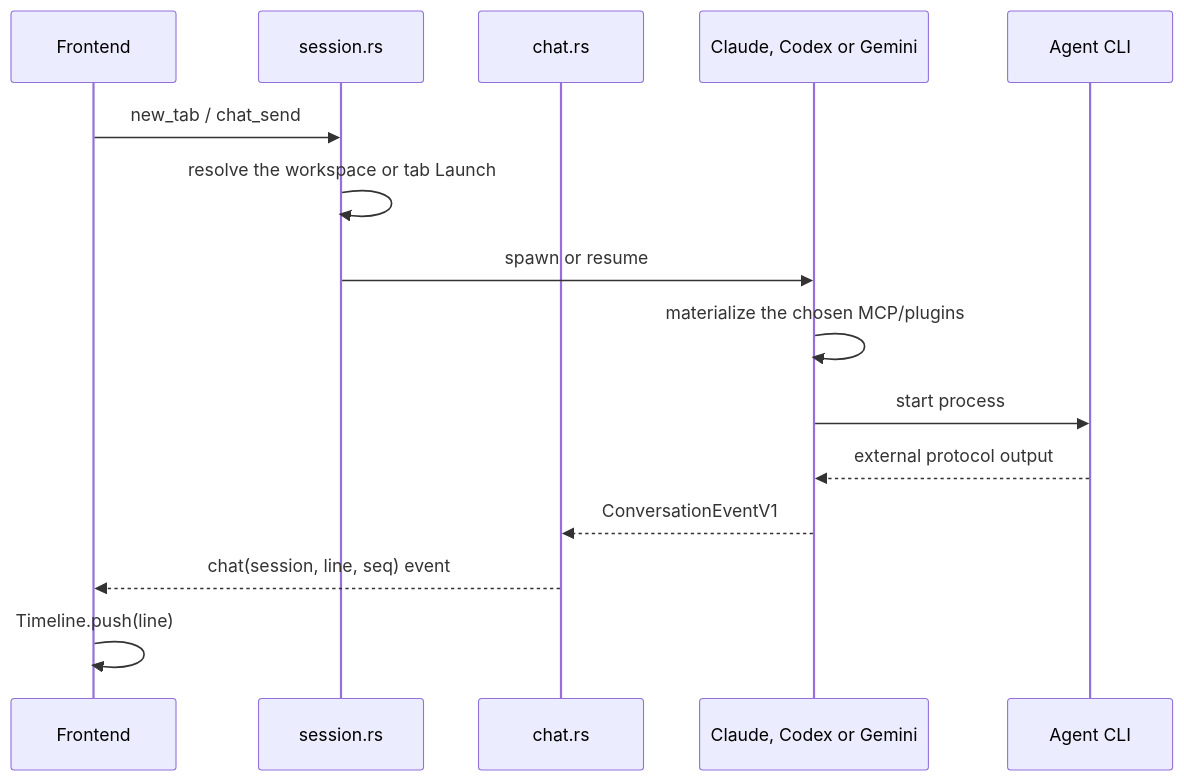
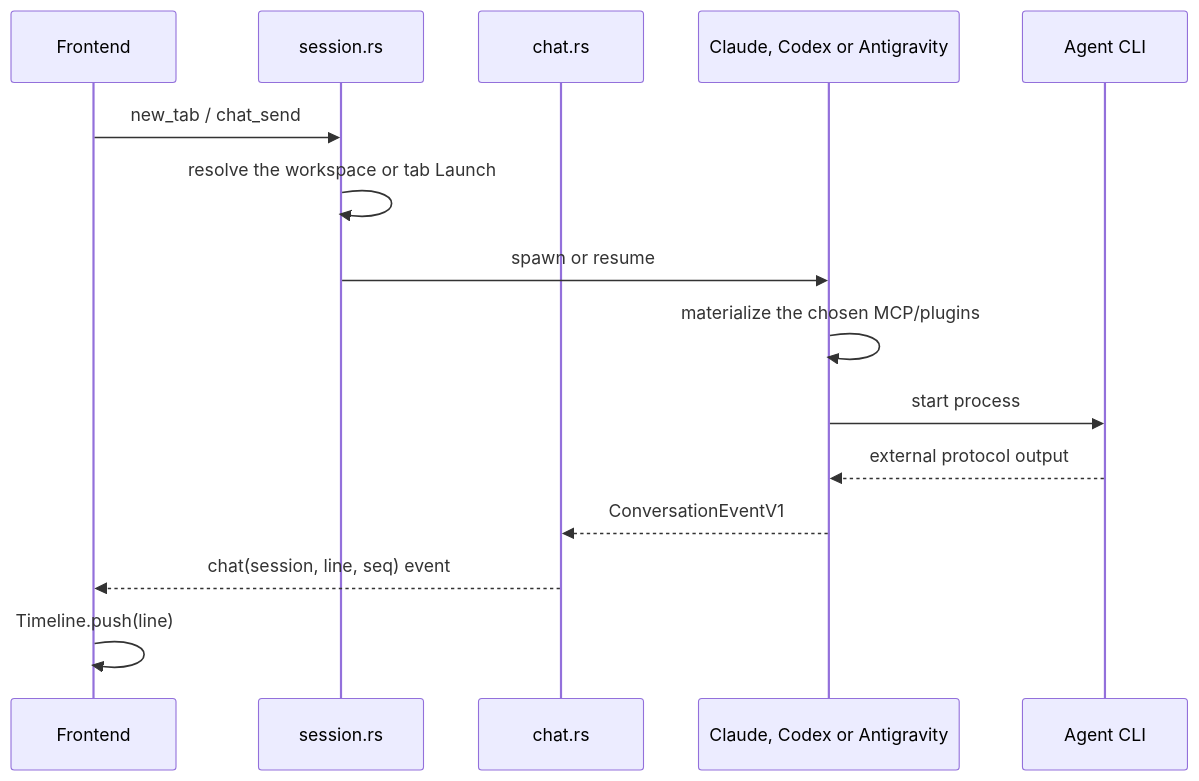
One commit to JabsRafael/prometeu changed the diagram in docs/architecture/conversation-flow.md. Above: the diagram before and after it, drawn with Mermaid. The commit also changed other lines of this file and 46 other files, not shown here.

Commit message:
feat(antigravity): replace the discontinued gemini cli integration

````diff
--- a/docs/architecture/conversation-flow.md
+++ b/docs/architecture/conversation-flow.md
@@ -13,18 +13,18 @@
 ```mermaid
 sequenceDiagram
     participant UI as Frontend
     participant Session as session.rs
     participant Chat as chat.rs
-    participant Adapter as Claude, Codex or Gemini
+    participant Adapter as Claude, Codex or Antigravity
     participant Agent as Agent CLI
 
     UI->>Session: new_tab / chat_send
     Session->>Session: resolve the workspace or tab Launch
     Session->>Adapter: spawn or resume
     Adapter->>Adapter: materialize the chosen MCP/plugins
     Adapter->>Agent: start process
     Agent-->>Adapter: external protocol output
     Adapter-->>Chat: ConversationEventV1
     Chat-->>UI: chat(session, line, seq) event
     UI->>UI: Timeline.push(line)
 ```
````
